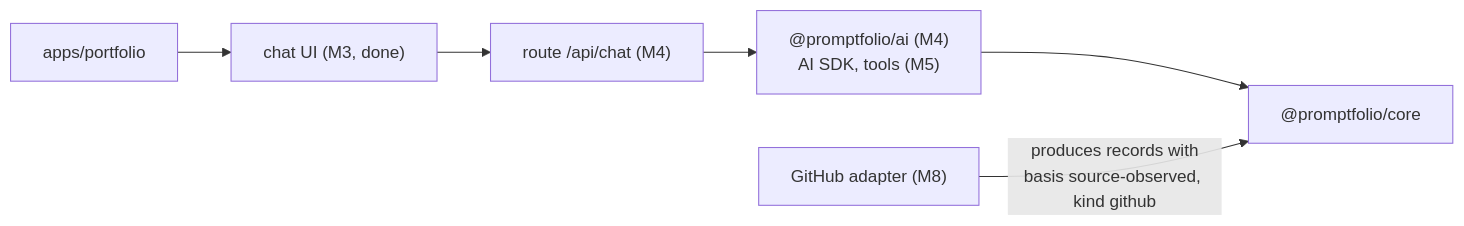
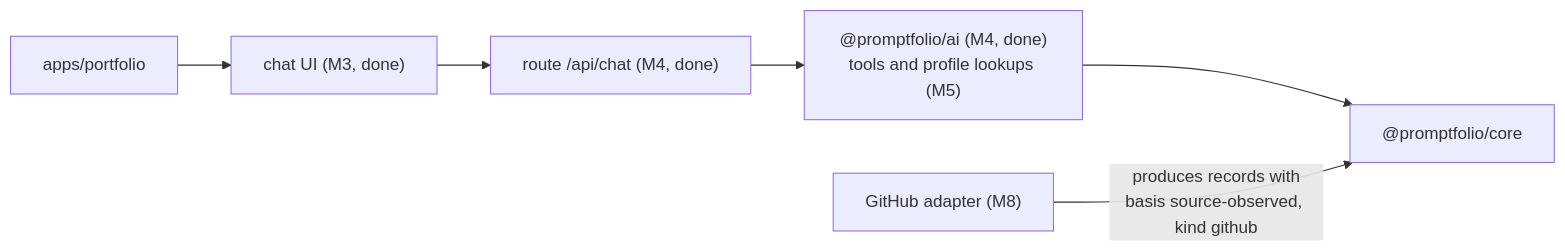
The fifth of 5 diagrams in docs/ARCHITECTURE.md (promptfolios/promptfolio), drawn with Mermaid before and after one commit. The commit also changed other lines of this file and 5 other files, not shown here.

First line of the commit message:
docs: document the M4 chat route and accept ADR 0003

````diff
--- a/docs/ARCHITECTURE.md
+++ b/docs/ARCHITECTURE.md
@@ -127,8 +178,8 @@
 ```mermaid
 flowchart LR
     app["apps/portfolio"] --> ui["chat UI (M3, done)"]
-    ui --> route["route /api/chat (M4)"]
-    route --> ai["@promptfolio/ai (M4)<br/>AI SDK, tools (M5)"]
+    ui --> route["route /api/chat (M4, done)"]
+    route --> ai["@promptfolio/ai (M4, done)<br/>tools and profile lookups (M5)"]
     ai --> core["@promptfolio/core"]
     github["GitHub adapter (M8)"] -- "produces records with<br/>basis source-observed, kind github" --> core
 ```
````
